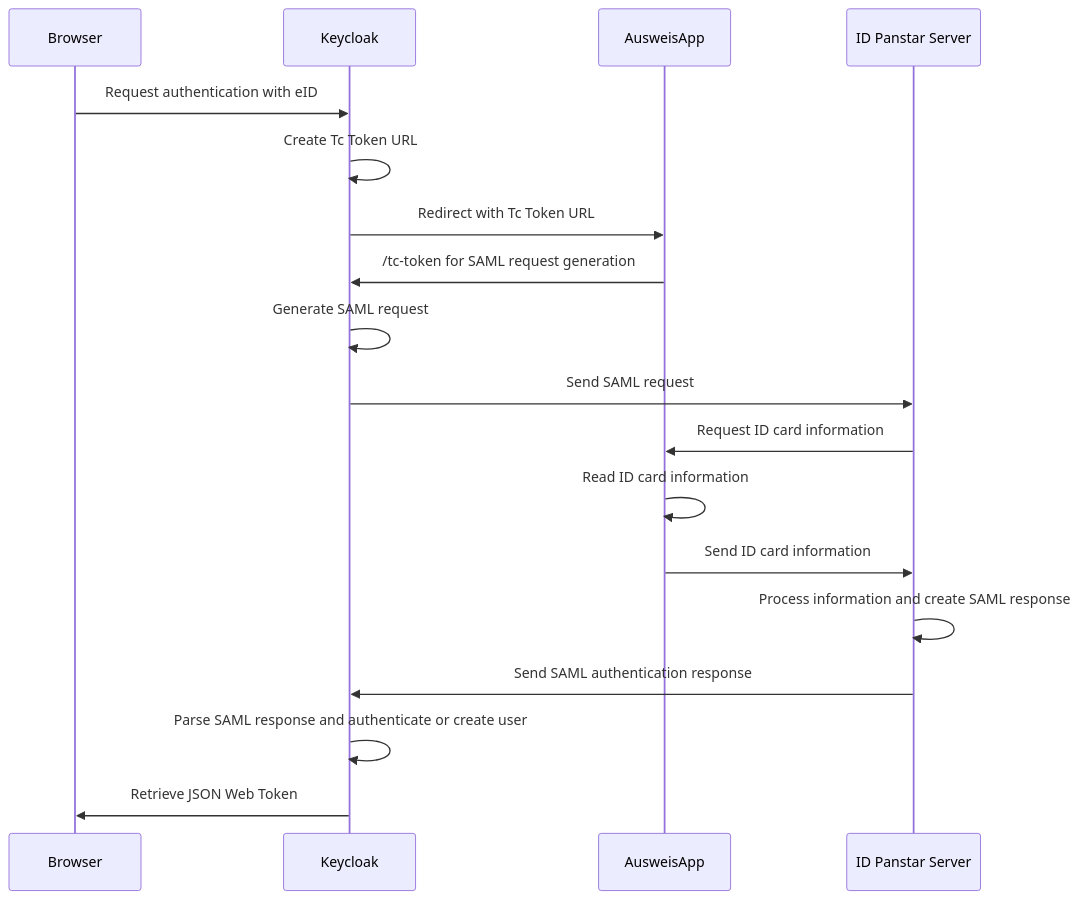
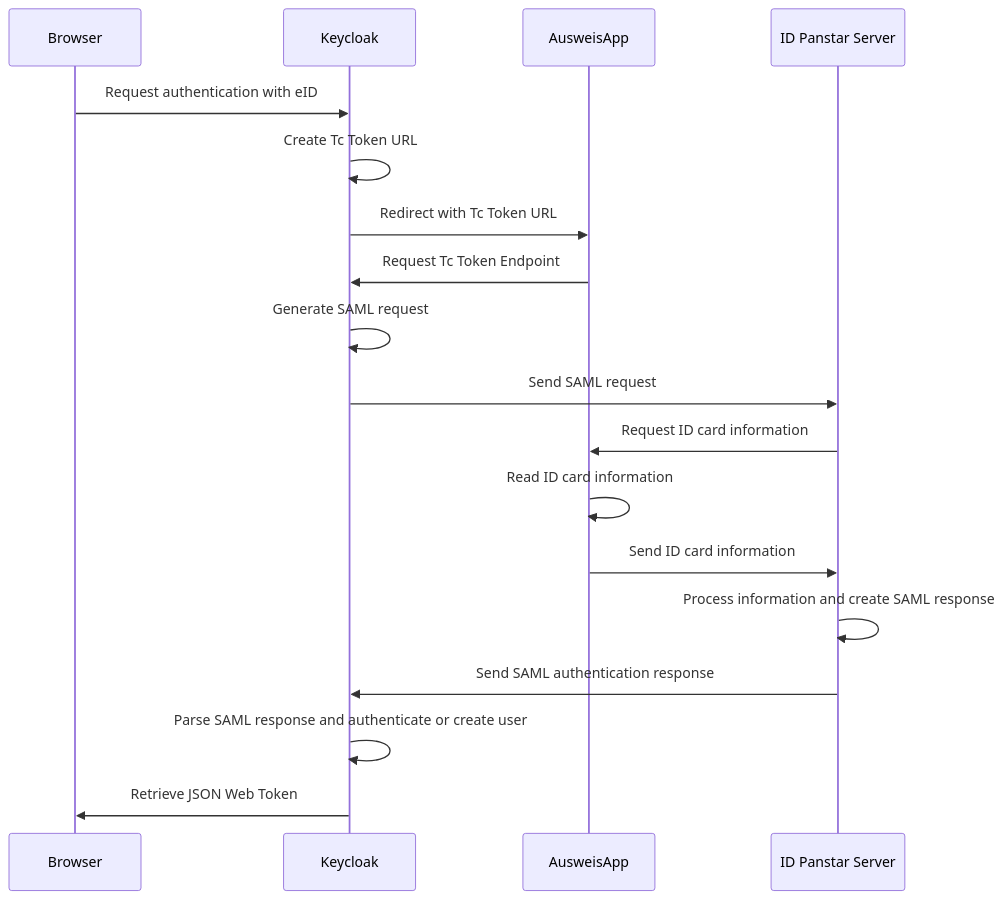
Before and after one commit to L21s/keycloak-eid-identity-provider: the diagram in README.md, drawn with Mermaid.

Commit message:
Refactor mermaid swimlanes

````diff
--- a/README.md
+++ b/README.md
@@ -50,20 +50,20 @@
 ```mermaid
 sequenceDiagram
     participant Browser
     participant Keycloak
     participant AusweisApp
     participant ID Panstar Server
     Browser->>Keycloak: Request authentication with eID
     Keycloak->>Keycloak: Create Tc Token URL
     Keycloak->>AusweisApp: Redirect with Tc Token URL
-    AusweisApp->>Keycloak: /tc-token for SAML request generation
+    AusweisApp->>Keycloak: Request Tc Token Endpoint
     Keycloak->>Keycloak: Generate SAML request
     Keycloak->>ID Panstar Server: Send SAML request
     ID Panstar Server->>AusweisApp: Request ID card information
     AusweisApp->>AusweisApp: Read ID card information
     AusweisApp->>ID Panstar Server: Send ID card information
     ID Panstar Server->>ID Panstar Server: Process information and create SAML response 
     ID Panstar Server->>Keycloak: Send SAML authentication response
     Keycloak->>Keycloak: Parse SAML response and authenticate or create user
     Keycloak->>Browser: Retrieve JSON Web Token
 ```
````
